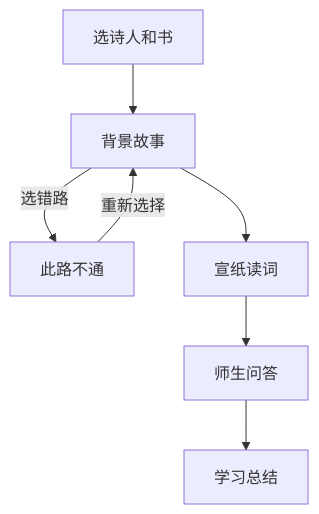
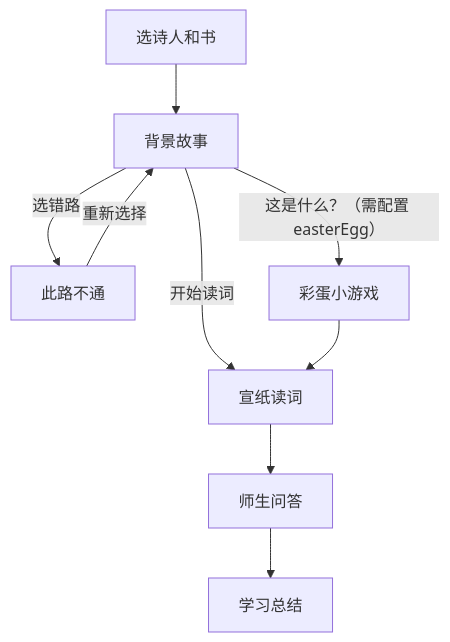
One commit to junchenfeng/visual-novel-learning-game changed the second of 3 diagrams in docs/architecture.md. Above: the diagram before and after it, drawn with Mermaid. The commit also changed other lines of this file and 33 other files, not shown here.

````diff
--- a/docs/architecture.md
+++ b/docs/architecture.md
@@ -35,9 +35,11 @@
 ```mermaid
 flowchart TD
   catalog[选诗人和书] --> story[背景故事]
   story -->|选错路| gameOver[此路不通]
   gameOver -->|重新选择| story
-  story --> poem[宣纸读词]
+  story -->|开始读词| poem[宣纸读词]
+  story -->|这是什么？（需配置 easterEgg）| egg[彩蛋小游戏]
+  egg --> poem
   poem --> quiz[师生问答]
   quiz --> summary[学习总结]
 ```
````
